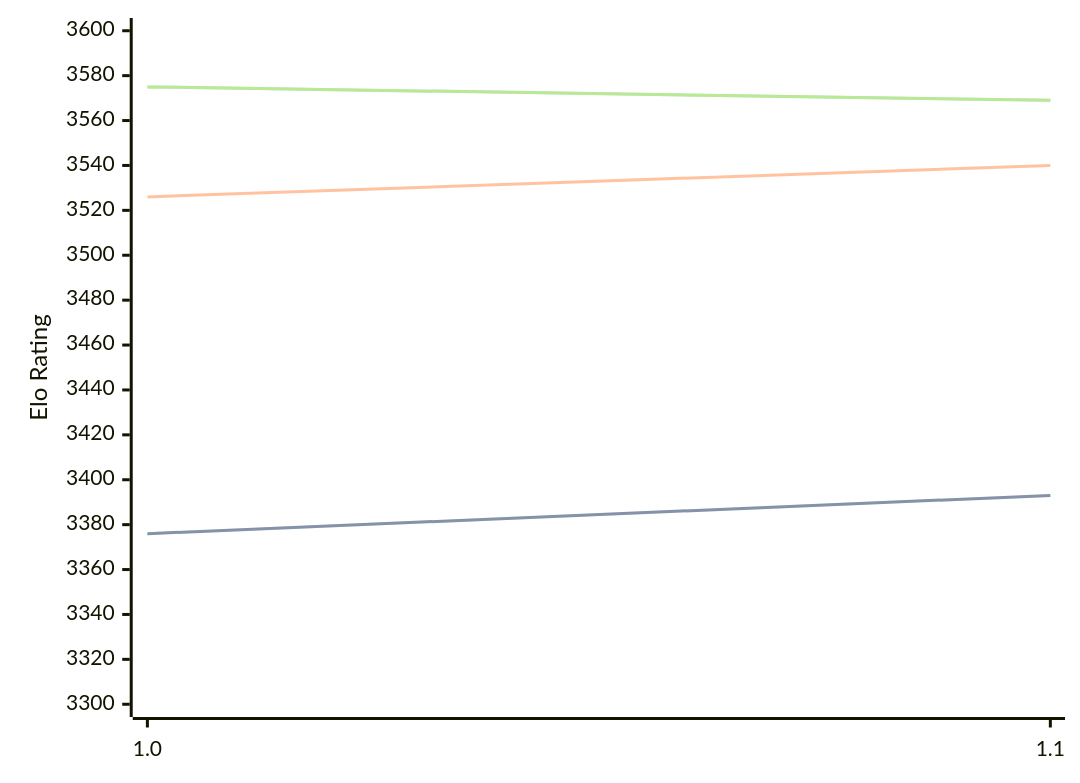
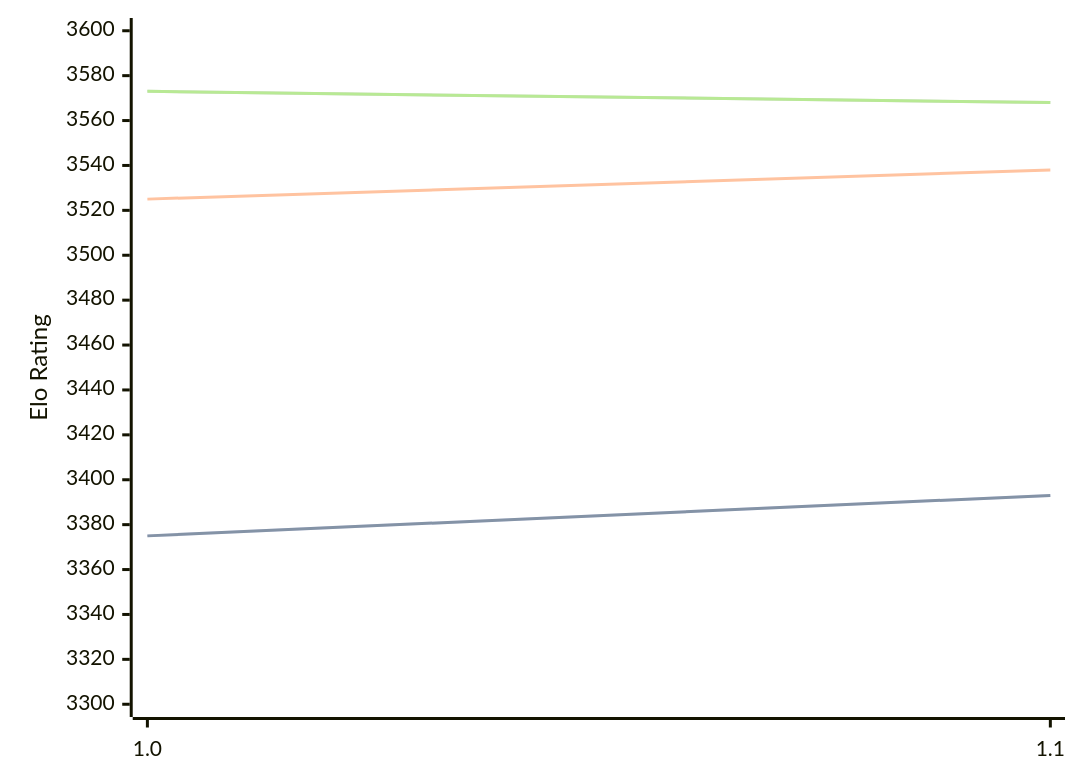
The diagram in engines/Horsie.md (computer-chess-index/cci), drawn with Mermaid before and after one commit. The commit also changed other lines of this file, not shown here.

Commit message:
Update CCI Ratings (ELO VLTC) - 2026-03-08

````diff
--- a/engines/Horsie.md
+++ b/engines/Horsie.md
@@ -30,11 +30,11 @@
 ```mermaid
 %%{init: {"theme":"base","themeVariables":{"seriesColors:['#a3a3a3','#222221','#faa371']}}}%%
 xychart-beta
   x-axis ["1.0", "1.1"]
   y-axis "Elo Rating" 3300 --> 3600
-  line "STC (8.0+0.08s)" [3376, 3393]
-  line "STC (8.0+0.08s)" [3376, 3393]
-  line "LTC (60.0+0.60s)" [3526, 3540]
-  line "VLTC (2m24s+1.12s)" [3575, 3569]
-  line "VLTC (2m24s+1.12s)" [3575, 3569]
+  line "STC (8.0+0.08s)" [3375, 3393]
+  line "STC (8.0+0.08s)" [3375, 3393]
+  line "LTC (60.0+0.60s)" [3525, 3538]
+  line "VLTC (2m24s+1.12s)" [3573, 3568]
+  line "VLTC (2m24s+1.12s)" [3573, 3568]
 ```
````
